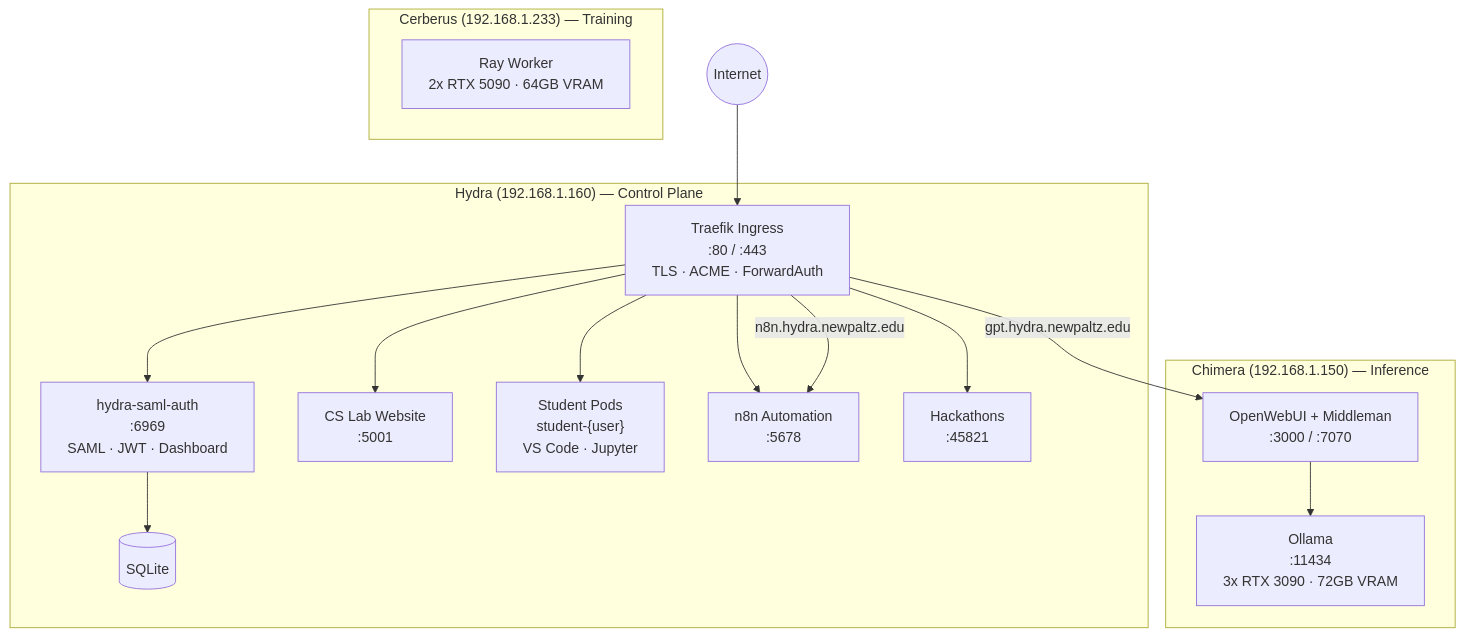
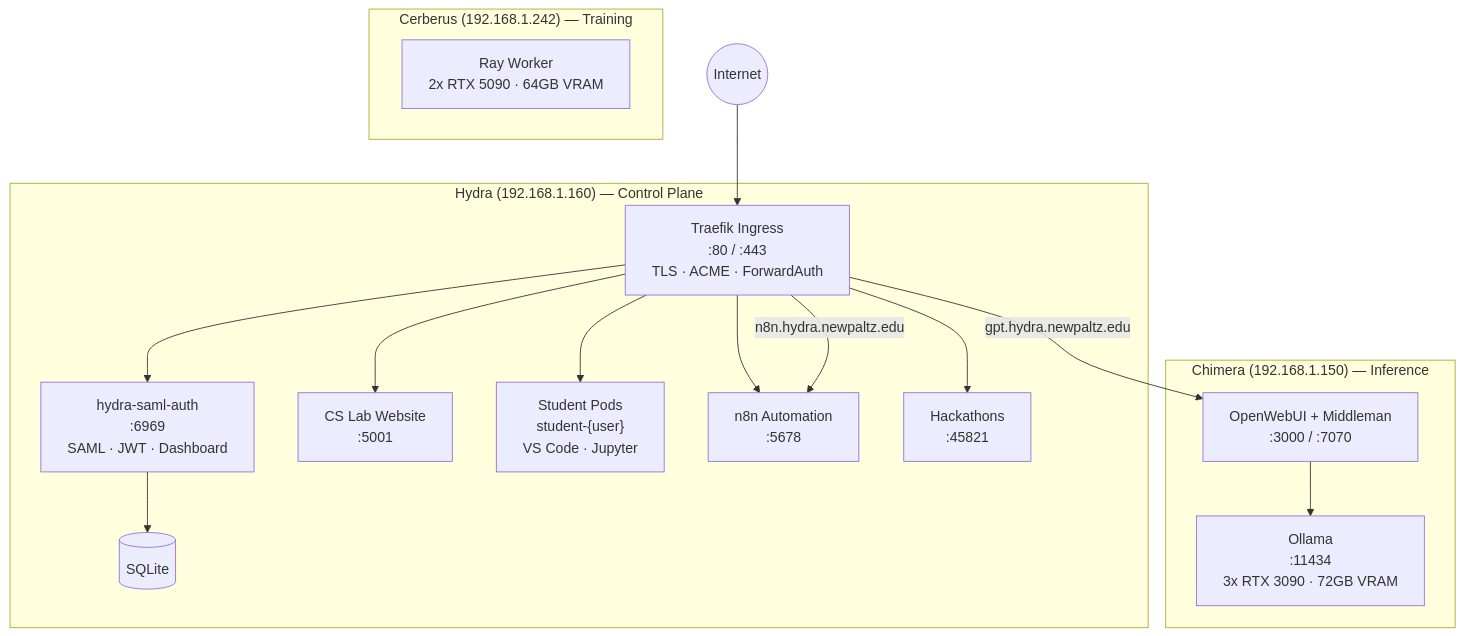
Before and after one commit to compsci-suny-newpaltz/hydra-saml-auth: the diagram in README.md, drawn with Mermaid. The commit also changed other lines of this file and 13 other files, not shown here.

````diff
--- a/README.md
+++ b/README.md
@@ -132,36 +132,36 @@
 ```mermaid
 graph TD
     Internet((Internet))
 
     Internet --> Traefik
 
     subgraph Hydra["Hydra (192.168.1.160) — Control Plane"]
         Traefik["Traefik Ingress\n:80 / :443\nTLS · ACME · ForwardAuth"]
         Auth["hydra-saml-auth\n:6969\nSAML · JWT · Dashboard"]
         CSLab["CS Lab Website\n:5001"]
         DB[(SQLite)]
         Students["Student Pods\nstudent-{user}\nVS Code · Jupyter"]
         n8n["n8n Automation\n:5678"]
         Hackathons["Hackathons\n:45821"]
 
         Traefik --> Auth
         Traefik --> CSLab
         Traefik --> Students
         Traefik --> n8n
         Traefik --> Hackathons
         Auth --> DB
     end
 
     subgraph Chimera["Chimera (192.168.1.150) — Inference"]
         OpenWebUI["OpenWebUI + Middleman\n:3000 / :7070"]
         Ollama["Ollama\n:11434\n3x RTX 3090 · 72GB VRAM"]
         OpenWebUI --> Ollama
     end
 
-    subgraph Cerberus["Cerberus (192.168.1.233) — Training"]
+    subgraph Cerberus["Cerberus (192.168.1.242) — Training"]
         Ray["Ray Worker\n2x RTX 5090 · 64GB VRAM"]
     end
 
     Traefik -->|"gpt.hydra.newpaltz.edu"| OpenWebUI
     Traefik -->|"n8n.hydra.newpaltz.edu"| n8n
 ```
````
